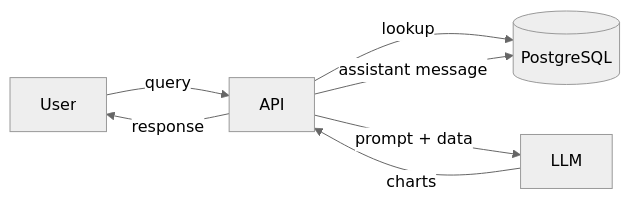
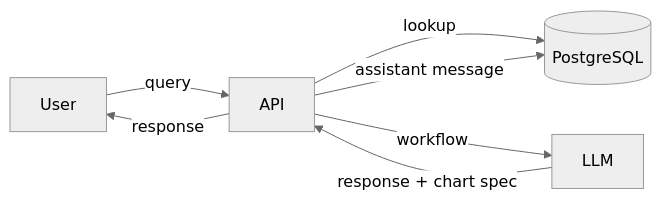
Before and after one commit to benjyongzh/llm-data-analyst: the first of 4 diagrams in README.md, drawn with Mermaid (neutral theme). The commit also changed other lines of this file and 2 other files, not shown here.

Commit message:
Use workflow for conversation queries

````diff
--- a/README.md
+++ b/README.md
@@ -82,9 +83,9 @@
 ```mermaid
 flowchart LR
     U[User] -->|query| API
     API -->|lookup| DB[(PostgreSQL)]
-    API -->|prompt + data| LLM
-    LLM -->|charts| API
+    API -->|workflow| LLM
+    LLM -->|response + chart spec| API
     API -->|assistant message| DB
     API -->|response| U
 ```
````
